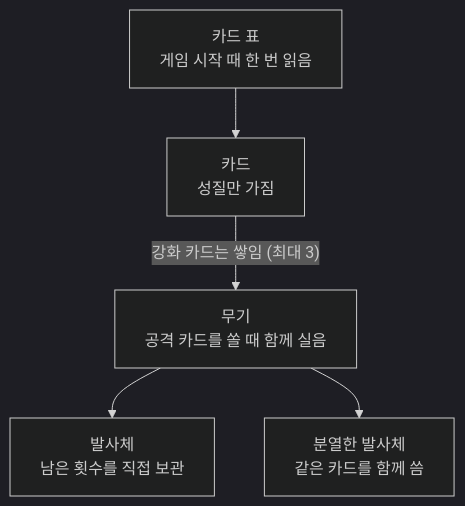
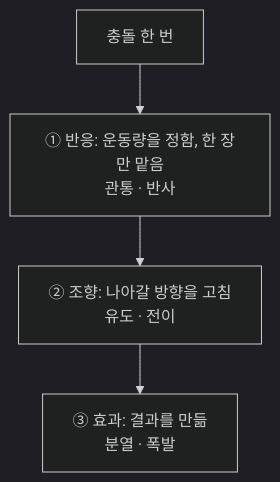
One commit to SaGiKun4/portfolio-SaGiKun4 changed the sixth of 19 diagrams in src/03-MagiCard/프로젝트문서.md. Above: the diagram before and after it, drawn with Mermaid (dark theme). The commit also changed other lines of this file and 124 other files, not shown here.

````diff
--- a/src/03-MagiCard/프로젝트문서.md
+++ b/src/03-MagiCard/프로젝트문서.md
@@ -106,7 +276,6 @@
 ```mermaid
 flowchart TB
-    T["카드 표<br/>게임 시작 때 한 번 읽음"] --> C["카드<br/>성질만 가짐"]
-    C -->|"강화 카드는 쌓임 (최대 3)"| W["무기<br/>공격 카드를 쏠 때 함께 실음"]
-    W --> P1["발사체<br/>남은 횟수를 직접 보관"]
-    W --> P2["분열한 발사체<br/>같은 카드를 함께 씀"]
+    H["충돌 한 번"] --> R["① 반응: 운동량을 정함, 한 장만 맡음<br/>관통 · 반사"]
+    R --> S["② 조향: 나아갈 방향을 고침<br/>유도 · 전이"]
+    S --> E["③ 효과: 결과를 만듦<br/>분열 · 폭발"]
 ```
````
